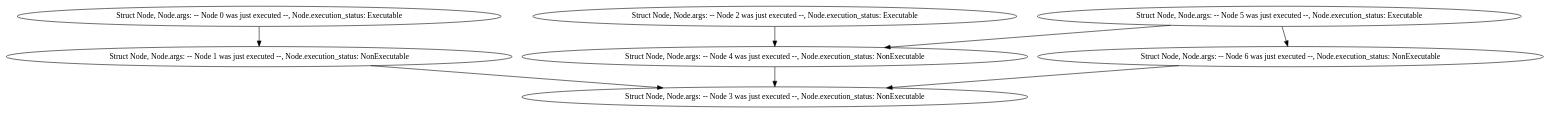
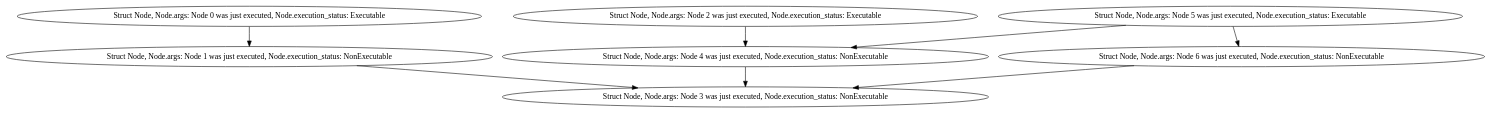
One commit to MintyNumbers/graph-executor changed the diagram in resources/example-printed-dot-digraph.dot. Above: the diagram before and after it, drawn with Graphviz. The commit also changed 6 other files, not shown here.

```diff
--- a/resources/example-printed-dot-digraph.dot
+++ b/resources/example-printed-dot-digraph.dot
@@ -1,16 +1,16 @@
 digraph {
-    0 [ label = "Struct Node, Node.args: -- Node 0 was just executed --, Node.execution_status: Executable" ]
-    1 [ label = "Struct Node, Node.args: -- Node 1 was just executed --, Node.execution_status: NonExecutable" ]
-    2 [ label = "Struct Node, Node.args: -- Node 2 was just executed --, Node.execution_status: Executable" ]
-    3 [ label = "Struct Node, Node.args: -- Node 3 was just executed --, Node.execution_status: NonExecutable" ]
-    4 [ label = "Struct Node, Node.args: -- Node 4 was just executed --, Node.execution_status: NonExecutable" ]
-    5 [ label = "Struct Node, Node.args: -- Node 5 was just executed --, Node.execution_status: Executable" ]
-    6 [ label = "Struct Node, Node.args: -- Node 6 was just executed --, Node.execution_status: NonExecutable" ]
+    0 [ label = "Struct Node, Node.args: Node 0 was just executed, Node.execution_status: Executable" ]
+    1 [ label = "Struct Node, Node.args: Node 1 was just executed, Node.execution_status: NonExecutable" ]
+    2 [ label = "Struct Node, Node.args: Node 2 was just executed, Node.execution_status: Executable" ]
+    3 [ label = "Struct Node, Node.args: Node 3 was just executed, Node.execution_status: NonExecutable" ]
+    4 [ label = "Struct Node, Node.args: Node 4 was just executed, Node.execution_status: NonExecutable" ]
+    5 [ label = "Struct Node, Node.args: Node 5 was just executed, Node.execution_status: Executable" ]
+    6 [ label = "Struct Node, Node.args: Node 6 was just executed, Node.execution_status: NonExecutable" ]
     0 -> 1 [ ]
     1 -> 3 [ ]
     4 -> 3 [ ]
     2 -> 4 [ ]
     6 -> 3 [ ]
     5 -> 4 [ ]
     5 -> 6 [ ]
 }
```
